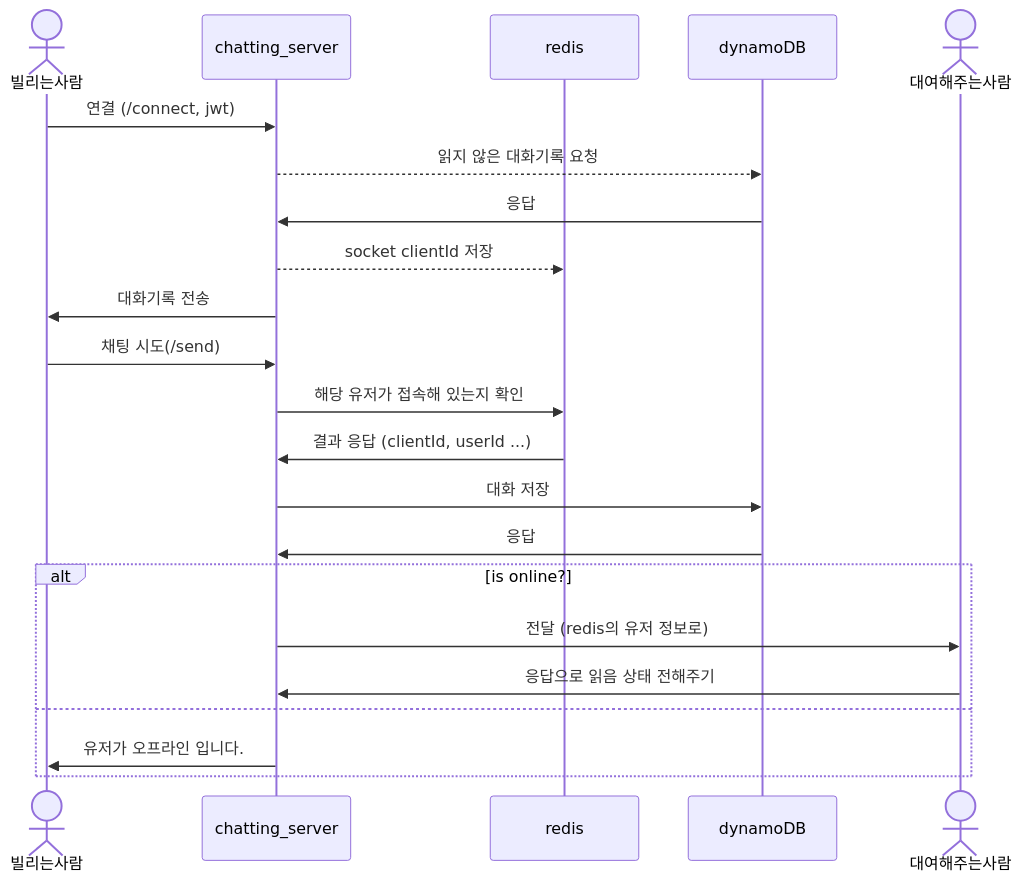
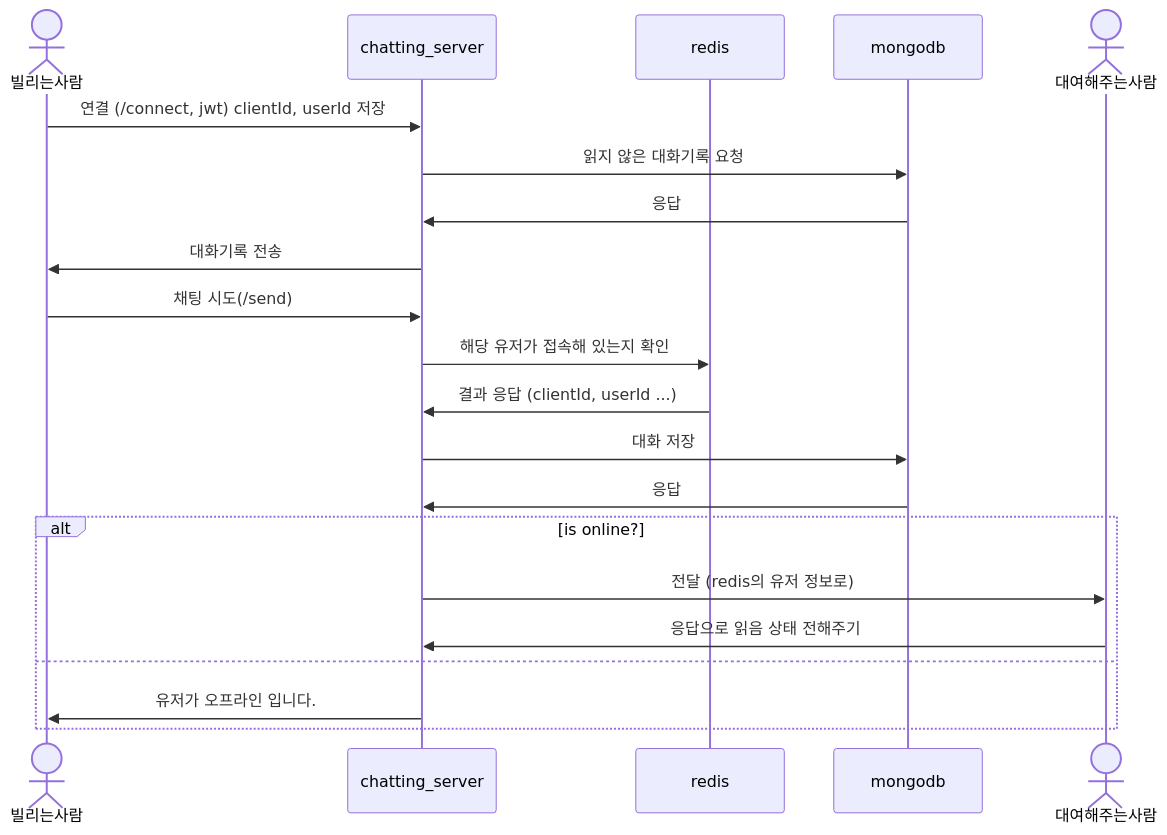
The diagram in README.md (jinheung90/book-rental-service-chat), drawn with Mermaid before and after one commit. The commit also changed other lines of this file, not shown here.

Commit message:
readme 업데이트

````diff
--- a/README.md
+++ b/README.md
@@ -3,27 +8,27 @@
 ```mermaid
 sequenceDiagram;
     actor borrower as 빌리는사람
     
     participant server as chatting_server
     participant redis as redis
-    participant dynamoDB as dynamoDB
+    participant mongodb as mongodb
     
     actor lender as 대여해주는사람
-    borrower ->> server: 연결 (/connect, jwt) 
-    server -->> dynamoDB: 읽지 않은 대화기록 요청
-    dynamoDB ->> server: 응답
-    server -->> redis: socket clientId 저장
+    
+    borrower ->> server: 연결 (/connect, jwt) clientId, userId 저장
+    server ->> mongodb: 읽지 않은 대화기록 요청
+    mongodb ->> server: 응답
     server ->> borrower: 대화기록 전송
     borrower ->> server: 채팅 시도(/send)
     server ->> redis: 해당 유저가 접속해 있는지 확인
     redis ->> server: 결과 응답 (clientId, userId ...)
-    server ->> dynamoDB: 대화 저장
-    dynamoDB ->> server: 응답
+    server ->> mongodb: 대화 저장
+    mongodb ->> server: 응답
     alt is online?
         server ->> lender: 전달 (redis의 유저 정보로)
         lender ->> server: 응답으로 읽음 상태 전해주기
     else
         server ->> borrower: 유저가 오프라인 입니다.
     end
     
 ```
````
